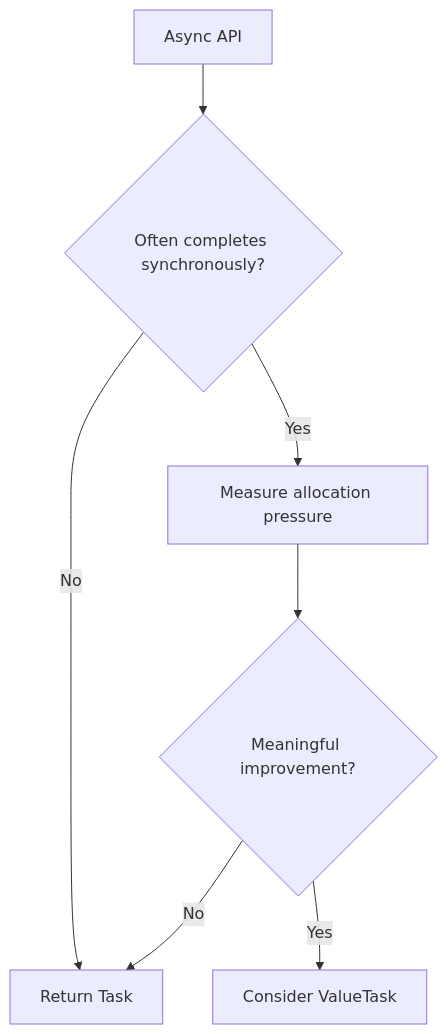
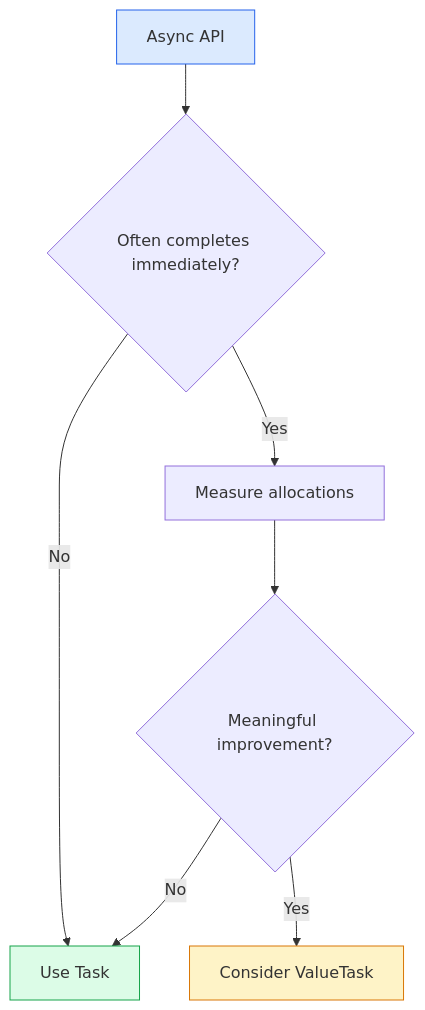
Before and after one commit to azam123/Engineering-Interview-Prep: the first of 2 diagrams in 11-Advanced-CSharp-DotNet-Scenarios.md, drawn with Mermaid. The commit also changed other lines of this file, not shown here.

Commit message:
Improve C#/.NET guide with colorful beginner-friendly explanations and diagrams

````diff
--- a/11-Advanced-CSharp-DotNet-Scenarios.md
+++ b/11-Advanced-CSharp-DotNet-Scenarios.md
@@ -23,9 +31,12 @@
 ```mermaid
 flowchart TD
-    A[Async API] --> B{Often completes synchronously?}
-    B -- No --> C[Return Task]
-    B -- Yes --> D[Measure allocation pressure]
+    A[Async API] --> B{Often completes immediately?}
+    B -- No --> C[Use Task]
+    B -- Yes --> D[Measure allocations]
     D --> E{Meaningful improvement?}
     E -- No --> C
     E -- Yes --> F[Consider ValueTask]
+    style A fill:#dbeafe,stroke:#2563eb
+    style C fill:#dcfce7,stroke:#16a34a
+    style F fill:#fef3c7,stroke:#d97706
 ```
````
